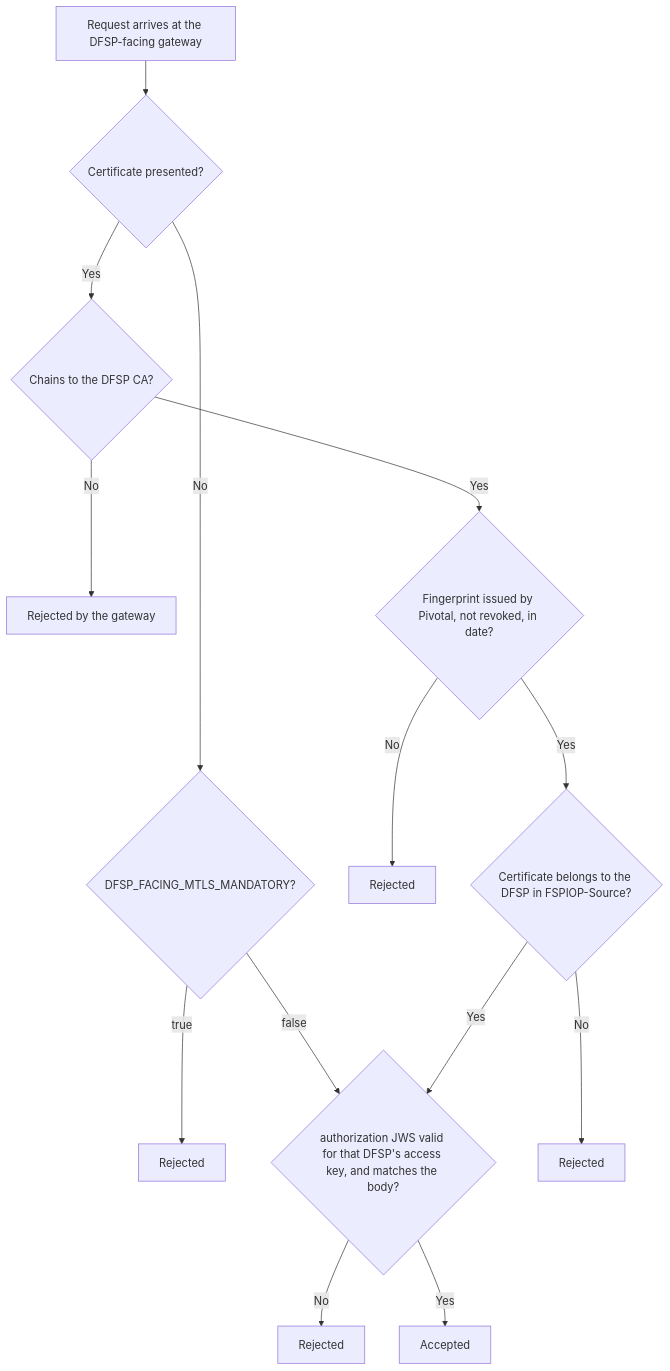
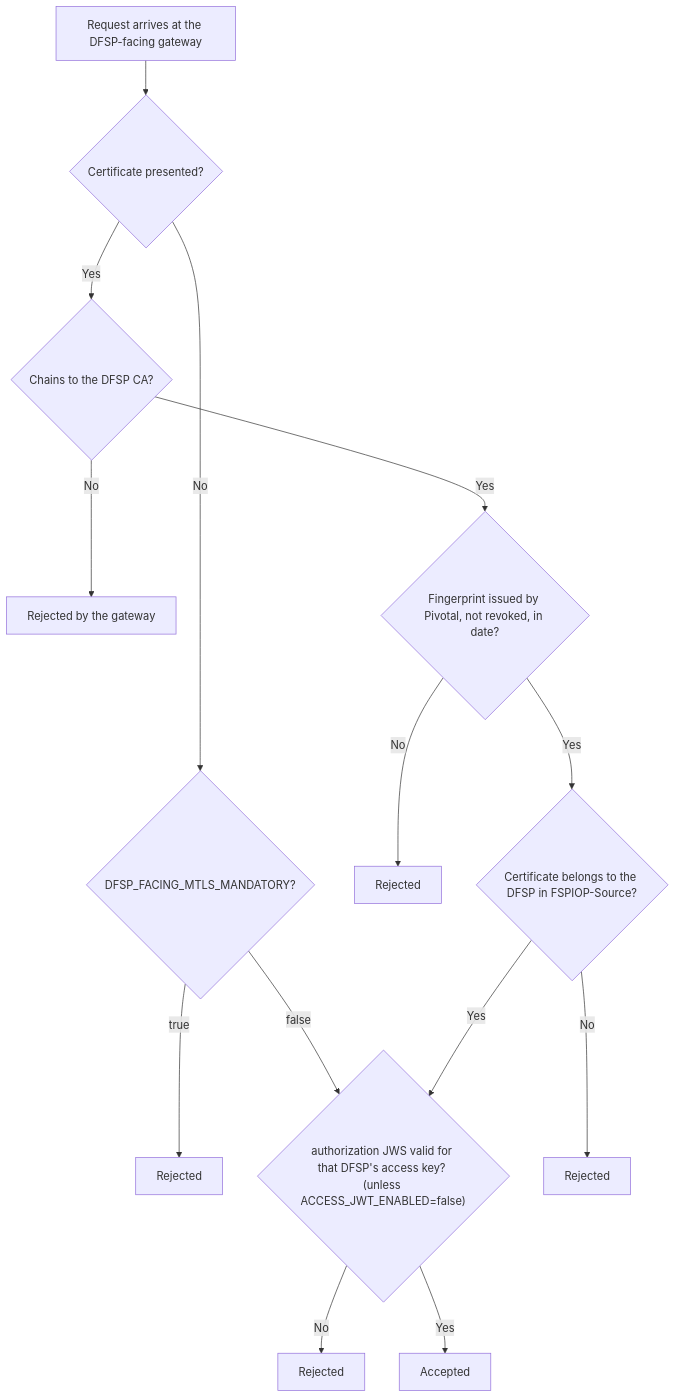
The diagram in docs/guide/security/concepts/security-model.md (ThitsaX/pivotal), drawn with Mermaid before and after one commit. The commit also changed 3 other files, not shown here.

Commit message:
docs: make the guide diagrams match the code and keep their labels readable

````diff
--- a/docs/guide/security/concepts/security-model.md
+++ b/docs/guide/security/concepts/security-model.md
@@ -47,16 +47,16 @@
 ```mermaid
 flowchart TD
     A["Request arrives at the DFSP-facing gateway"] --> B{"Certificate presented?"}
     B -- "Yes" --> C{"Chains to the DFSP CA?"}
     C -- "No" --> X1["Rejected by the gateway"]
     C -- "Yes" --> D{"Fingerprint issued by Pivotal, not revoked, in date?"}
     B -- "No" --> M{"DFSP_FACING_MTLS_MANDATORY?"}
     M -- "true" --> X2["Rejected"]
     M -- "false" --> G
     D -- "No" --> X3["Rejected"]
     D -- "Yes" --> E{"Certificate belongs to the DFSP in FSPIOP-Source?"}
     E -- "No" --> X4["Rejected"]
-    E -- "Yes" --> G{"authorization JWS valid for that DFSP's access key, and matches the body?"}
+    E -- "Yes" --> G{"authorization JWS valid for that DFSP's access key? (unless ACCESS_JWT_ENABLED=false)"}
     G -- "No" --> X5["Rejected"]
     G -- "Yes" --> OK["Accepted"]
 ```
````
